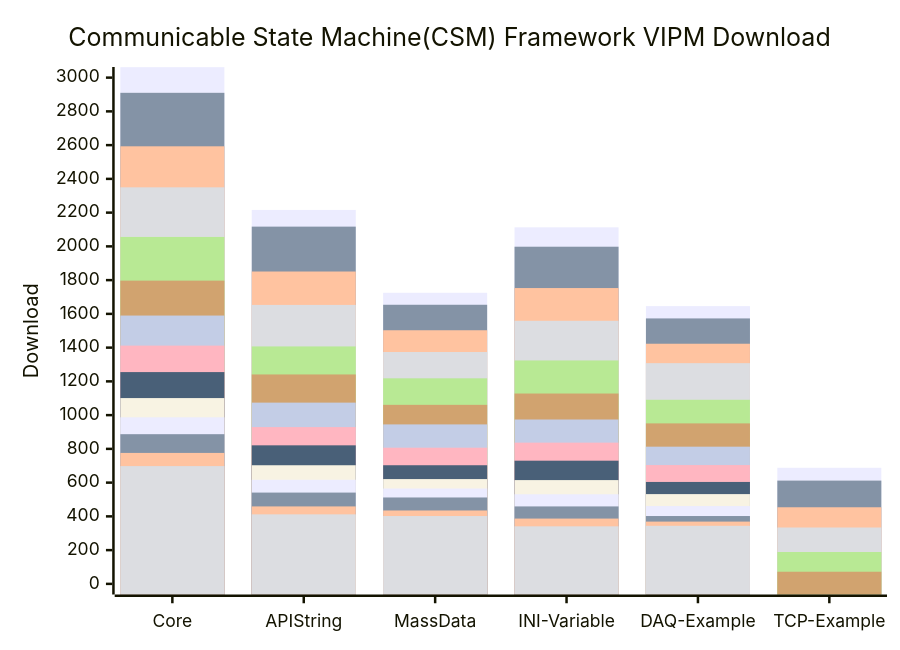
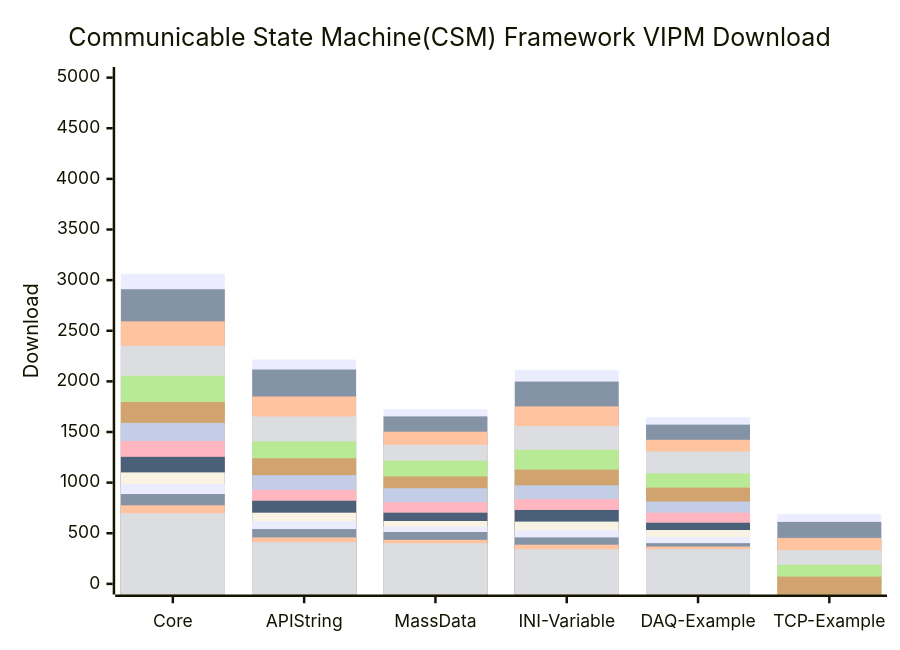
One commit to NEVSTOP-LAB/.github changed the diagram in profile/README.md. Above: the diagram before and after it, drawn with Mermaid.

````diff
--- a/profile/README.md
+++ b/profile/README.md
@@ -31,20 +31,20 @@
 ```mermaid
     xychart-beta
     title "Communicable State Machine(CSM) Framework VIPM Download"
     x-axis [Core, API String, MassData, INI-Variable, DAQ-Example, TCP-Example]
-    y-axis "Download" 0 --> 3000
+    y-axis "Download" 0 --> 5000
     bar   [3062, 2216, 1725, 2113, 1646, 688]
     bar   [2910, 2117, 1654, 1998, 1573, 612]
     bar   [2593, 1851, 1503, 1753, 1423, 454]
     bar   [2350, 1653, 1374, 1559, 1308, 334]
     bar   [2056, 1407, 1218, 1324, 1091, 189]
     bar   [1797, 1241, 1061, 1128, 951, 72]
     bar   [1590, 1074, 945, 974, 813]
     bar   [1412, 929, 807, 837, 704]
     bar   [1255, 821, 703, 730, 604]
     bar   [1101, 703, 621, 615, 532]
     bar   [987, 617, 565, 531, 461]
     bar   [887, 541, 512, 459, 402]
     bar   [776, 459, 435, 387, 369]
     bar   [698, 412, 402, 341, 344]
 ```
````
